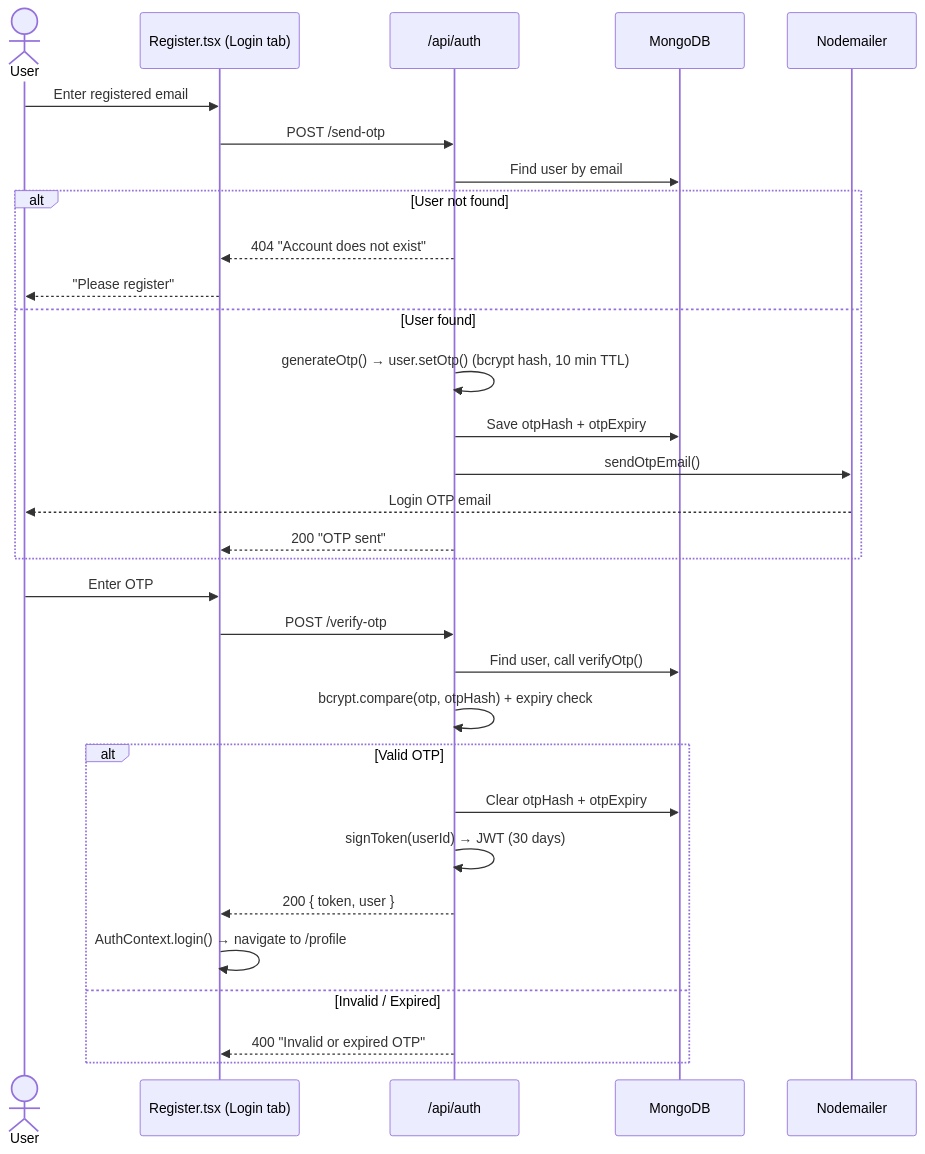
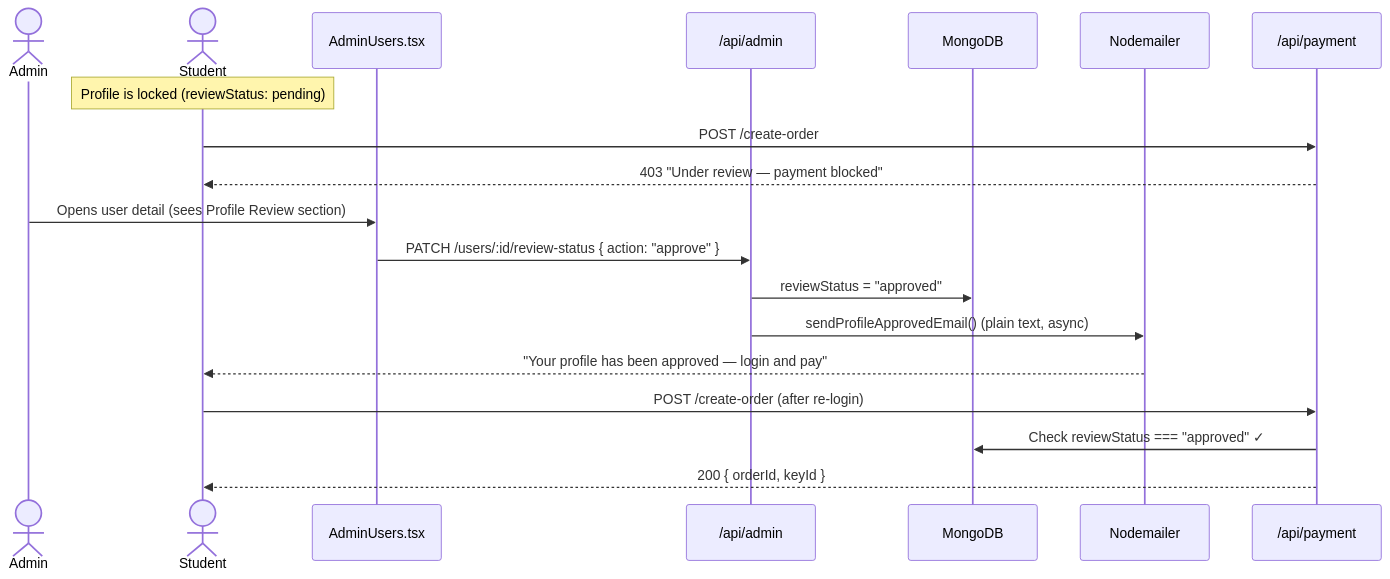
Before and after one commit to akshayaav246-collab/LeadwithAI: the third of 4 diagrams in README.md, drawn with Mermaid. The commit also changed other lines of this file and 22 other files, not shown here.

````diff
--- a/README.md
+++ b/README.md
@@ -246,35 +235,24 @@
 ```mermaid
 sequenceDiagram
-    actor User
-    participant FE as Register.tsx (Login tab)
-    participant BE as /api/auth
+    actor Admin
+    actor Student
+    participant FE_A as AdminUsers.tsx
+    participant BE as /api/admin
     participant DB as MongoDB
     participant Mail as Nodemailer
+    participant PAY as /api/payment
 
-    User->>FE: Enter registered email
-    FE->>BE: POST /send-otp
-    BE->>DB: Find user by email
-    alt User not found
-        BE-->>FE: 404 "Account does not exist"
-        FE-->>User: "Please register"
-    else User found
-        BE->>BE: generateOtp() → user.setOtp() (bcrypt hash, 10 min TTL)
-        BE->>DB: Save otpHash + otpExpiry
-        BE->>Mail: sendOtpEmail()
-        Mail-->>User: Login OTP email
-        BE-->>FE: 200 "OTP sent"
-    end
+    Note over Student: Profile is locked (reviewStatus: pending)
+    Student->>PAY: POST /create-order
+    PAY-->>Student: 403 "Under review — payment blocked"
 
-    User->>FE: Enter OTP
-    FE->>BE: POST /verify-otp
-    BE->>DB: Find user, call verifyOtp()
-    BE->>BE: bcrypt.compare(otp, otpHash) + expiry check
-    alt Valid OTP
-        BE->>DB: Clear otpHash + otpExpiry
-        BE->>BE: signToken(userId) → JWT (30 days)
-        BE-->>FE: 200 { token, user }
-        FE->>FE: AuthContext.login() → navigate to /profile
-    else Invalid / Expired
-        BE-->>FE: 400 "Invalid or expired OTP"
-    end
+    Admin->>FE_A: Opens user detail (sees Profile Review section)
+    FE_A->>BE: PATCH /users/:id/review-status { action: "approve" }
+    BE->>DB: reviewStatus = "approved"
+    BE->>Mail: sendProfileApprovedEmail() (plain text, async)
+    Mail-->>Student: "Your profile has been approved — login and pay"
+
+    Student->>PAY: POST /create-order (after re-login)
+    PAY->>DB: Check reviewStatus === "approved" ✓
+    PAY-->>Student: 200 { orderId, keyId }
 ```
````
